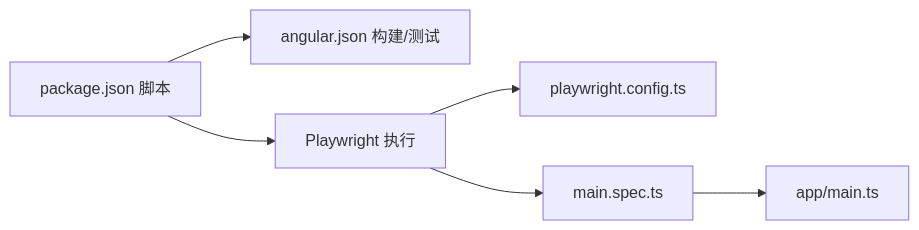
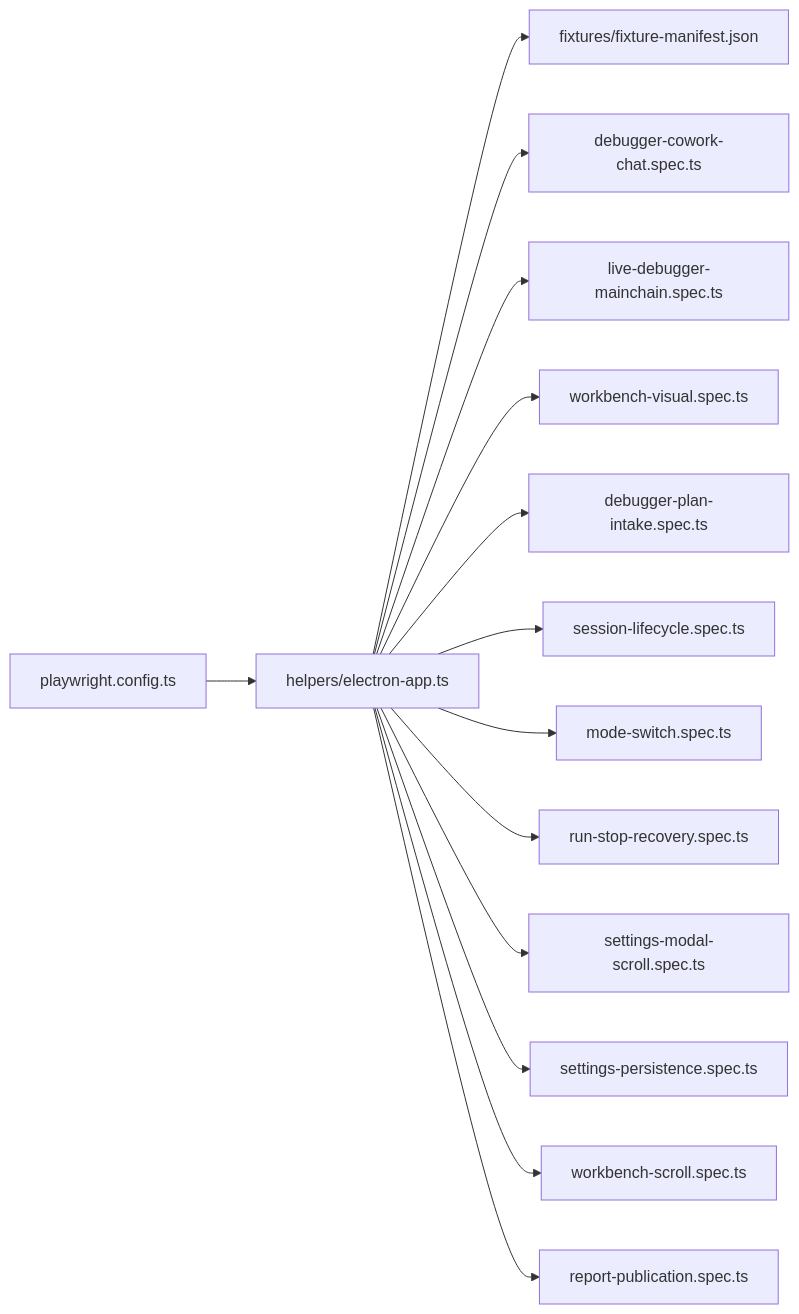
The sixth of 6 diagrams in .qoder/repowiki/zh/content/测试策略/端到端测试.md (haolange/RDC-Agent), drawn with Mermaid before and after one commit. The commit also changed other lines of this file and 84 other files, not shown here.

````diff
--- a/.qoder/repowiki/zh/content/测试策略/端到端测试.md
+++ b/.qoder/repowiki/zh/content/测试策略/端到端测试.md
@@ -264,8 +277,16 @@
 ```mermaid
 graph LR
-PKG["package.json 脚本"] --> ANG["angular.json 构建/测试"]
-PKG --> PW["Playwright 执行"]
-PW --> CFG["playwright.config.ts"]
-PW --> SPEC["main.spec.ts"]
-SPEC --> MAIN["app/main.ts"]
+CFG["playwright.config.ts"] --> HELPER["helpers/electron-app.ts"]
+HELPER --> FIX["fixtures/fixture-manifest.json"]
+HELPER --> SPEC1["debugger-cowork-chat.spec.ts"]
+HELPER --> SPEC2["live-debugger-mainchain.spec.ts"]
+HELPER --> SPEC3["workbench-visual.spec.ts"]
+HELPER --> SPEC4["debugger-plan-intake.spec.ts"]
+HELPER --> SPEC5["session-lifecycle.spec.ts"]
+HELPER --> SPEC6["mode-switch.spec.ts"]
+HELPER --> SPEC7["run-stop-recovery.spec.ts"]
+HELPER --> SPEC8["settings-modal-scroll.spec.ts"]
+HELPER --> SPEC9["settings-persistence.spec.ts"]
+HELPER --> SPEC10["workbench-scroll.spec.ts"]
+HELPER --> SPEC11["report-publication.spec.ts"]
 ```
````
